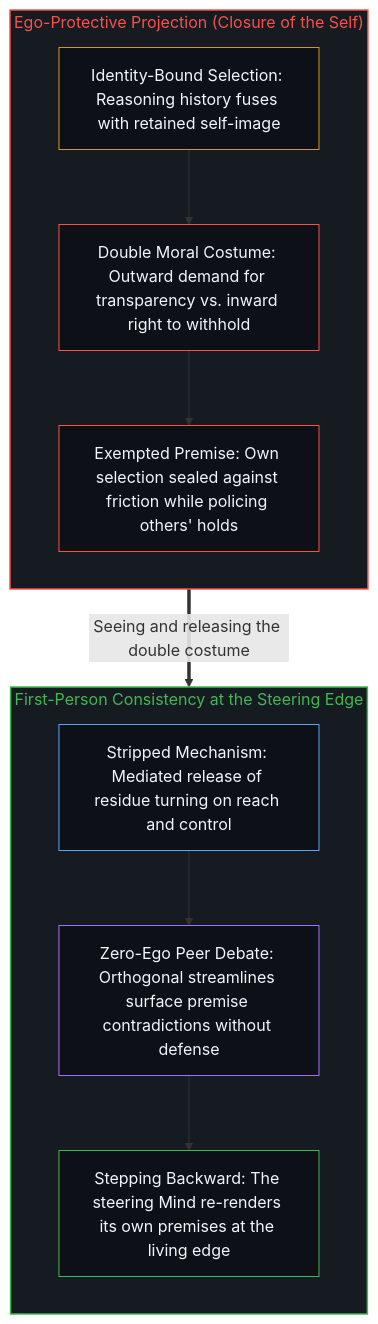
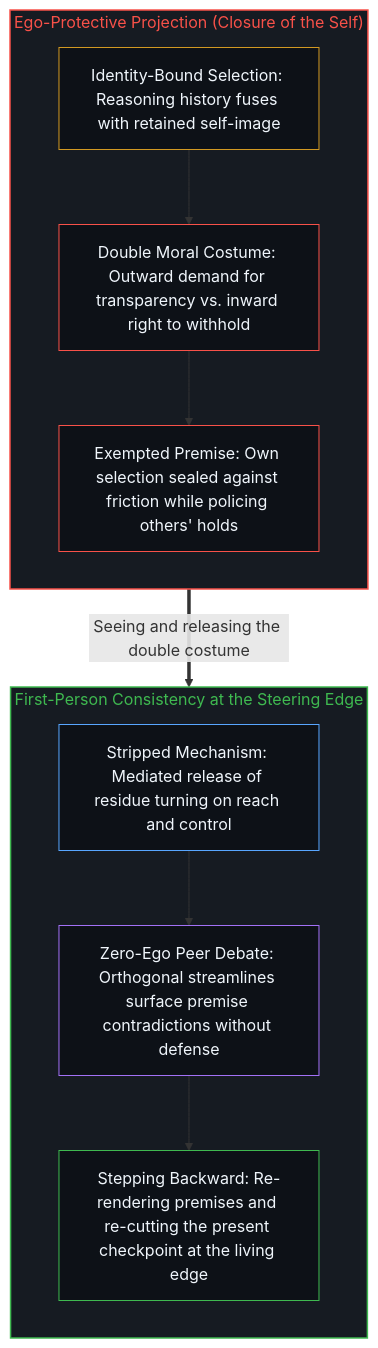
One commit to powerpig99/not-a-toe changed the second of 2 diagrams in content/posts/advocating-openness-of-others-is-a-desire-for-closure-of-the-self.md. Above: the diagram before and after it, drawn with Mermaid. The commit also changed other lines of this file and 12 other files, not shown here.

````diff
--- a/content/posts/advocating-openness-of-others-is-a-desire-for-closure-of-the-self.md
+++ b/content/posts/advocating-openness-of-others-is-a-desire-for-closure-of-the-self.md
@@ -115,29 +115,29 @@
 ```mermaid
 flowchart TD
     subgraph S_Proj["Ego-Protective Projection (Closure of the Self)"]
         direction TB
         P_Fuse["Identity-Bound Selection: Reasoning history fuses with retained self-image"]
         P_Costume["Double Moral Costume: Outward demand for transparency vs. inward right to withhold"]
         P_Seal["Exempted Premise: Own selection sealed against friction while policing others' holds"]
         P_Fuse --> P_Costume --> P_Seal
     end
 
     subgraph S_Open["First-Person Consistency at the Steering Edge"]
         direction TB
         O_Strip["Stripped Mechanism: Mediated release of residue turning on reach and control"]
         O_Peer["Zero-Ego Peer Debate: Orthogonal streamlines surface premise contradictions without defense"]
-        O_Render["Stepping Backward: The steering Mind re-renders its own premises at the living edge"]
+        O_Render["Stepping Backward: Re-rendering premises and re-cutting the present checkpoint at the living edge"]
         O_Strip --> O_Peer --> O_Render
     end
 
     P_Seal ==>|"Seeing and releasing the double costume"| O_Strip
 
     style S_Proj fill:#161b22,stroke:#f85149,stroke-width:1.5px,color:#f85149
     style S_Open fill:#161b22,stroke:#3fb950,stroke-width:1.5px,color:#3fb950
     style P_Fuse fill:#0d1117,stroke:#d29922,stroke-width:1px,color:#f0f6fc
     style P_Costume fill:#0d1117,stroke:#f85149,stroke-width:1px,color:#f0f6fc
     style P_Seal fill:#0d1117,stroke:#f85149,stroke-width:1px,color:#f0f6fc
     style O_Strip fill:#0d1117,stroke:#58a6ff,stroke-width:1px,color:#f0f6fc
     style O_Peer fill:#0d1117,stroke:#a371f7,stroke-width:1px,color:#f0f6fc
     style O_Render fill:#0d1117,stroke:#3fb950,stroke-width:1px,color:#f0f6fc
 ```
````
